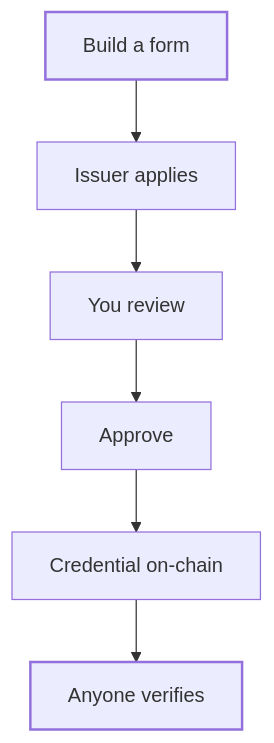
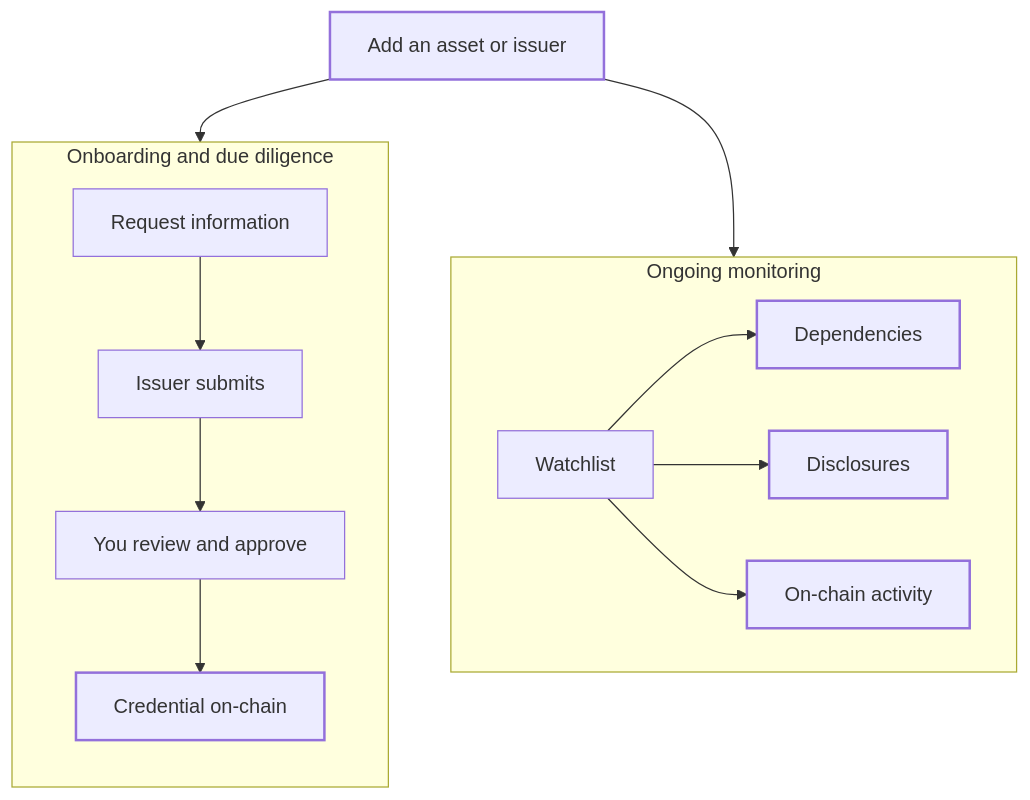
One commit to blupryntco/docs changed the diagram in proof/overview.mdx. Above: the diagram before and after it, drawn with Mermaid. The commit also changed other lines of this file and 5 other files, not shown here.

First line of the commit message:
Proof overview: frame onboarding, due diligence and ongoing monitoring

````diff
--- a/proof/overview.mdx
+++ b/proof/overview.mdx
@@ -23,12 +42,22 @@
 ```mermaid
 flowchart TD
-  A[Build a form] --> B[Issuer applies]
-  B --> C[You review]
-  C --> D[Approve]
-  D --> E[Credential on-chain]
-  E --> F[Anyone verifies]
+  A[Add an asset or issuer]
+  subgraph OD [Onboarding and due diligence]
+    direction TB
+    B[Request information] --> C[Issuer submits]
+    C --> D[You review and approve]
+    D --> E[Credential on-chain]
+  end
+  subgraph OM [Ongoing monitoring]
+    direction LR
+    F[Watchlist] --> G[Dependencies]
+    F --> H[Disclosures]
+    F --> I[On-chain activity]
+  end
+  A --> OD
+  A --> OM
 classDef start stroke-width:2px
 classDef done stroke-width:2px
 class A start
-class F done
+class E,G,H,I done
 ```
````
